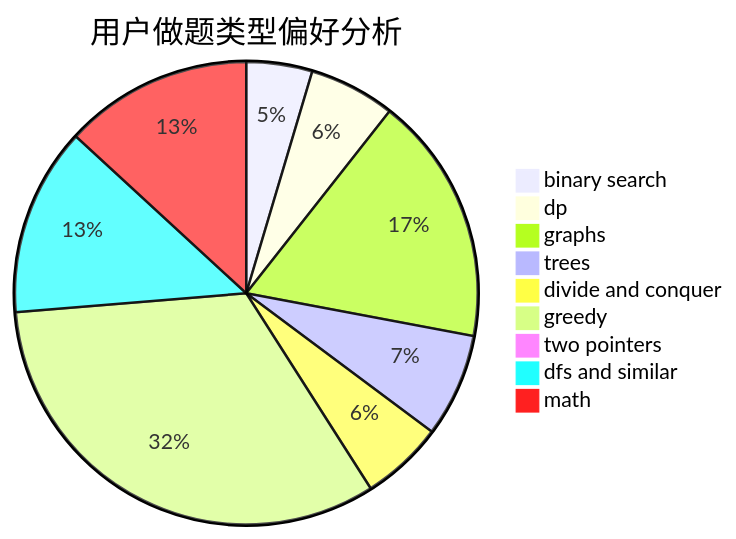
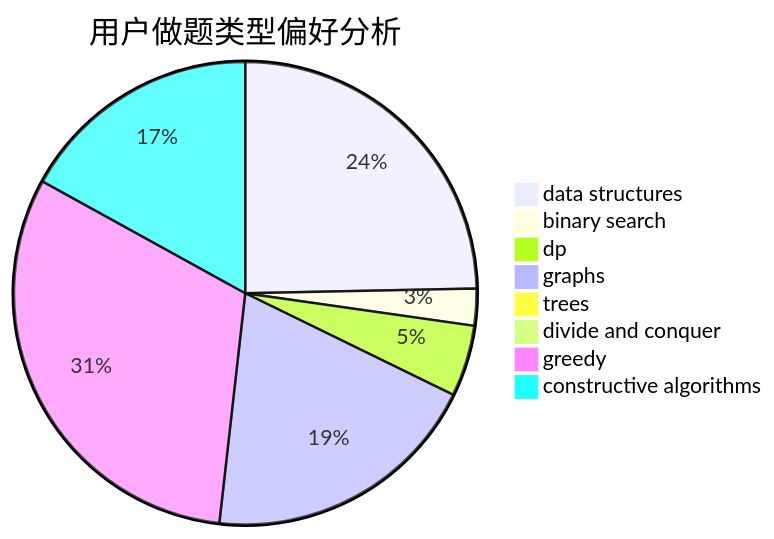
One commit to sherpahu/cfrs.github.io changed the second of 3 diagrams in docs/user/u2025.md. Above: the diagram before and after it, drawn with Mermaid. The commit also changed other lines of this file and 2775 other files, not shown here.

````diff
--- a/docs/user/u2025.md
+++ b/docs/user/u2025.md
@@ -23,12 +23,11 @@
 ```mermaid
 pie title 用户做题类型偏好分析
-    "binary search" :  147
-    "dp" :  192
-    "graphs" :  554
-    "trees" :  231
-    "divide and conquer" :  184
-    "greedy" :  1045
-    "two pointers" :  31
-    "dfs and similar" :  420
-    "math" :  420
+    "data structures" :  545
+    "binary search" :  57
+    "dp" :  110
+    "graphs" :  432
+    "trees" :  17
+    "divide and conquer" :  0
+    "greedy" :  690
+    "constructive algorithms" :  375
 ```
````
